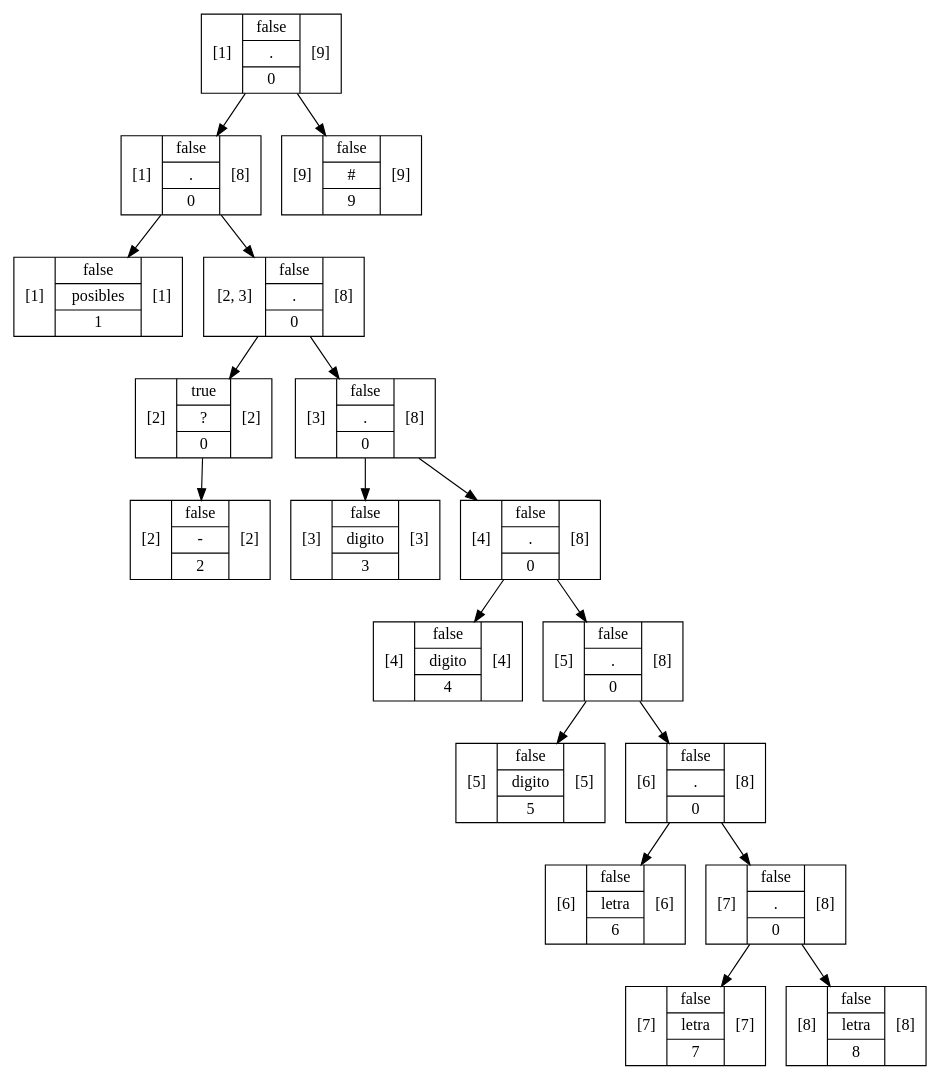
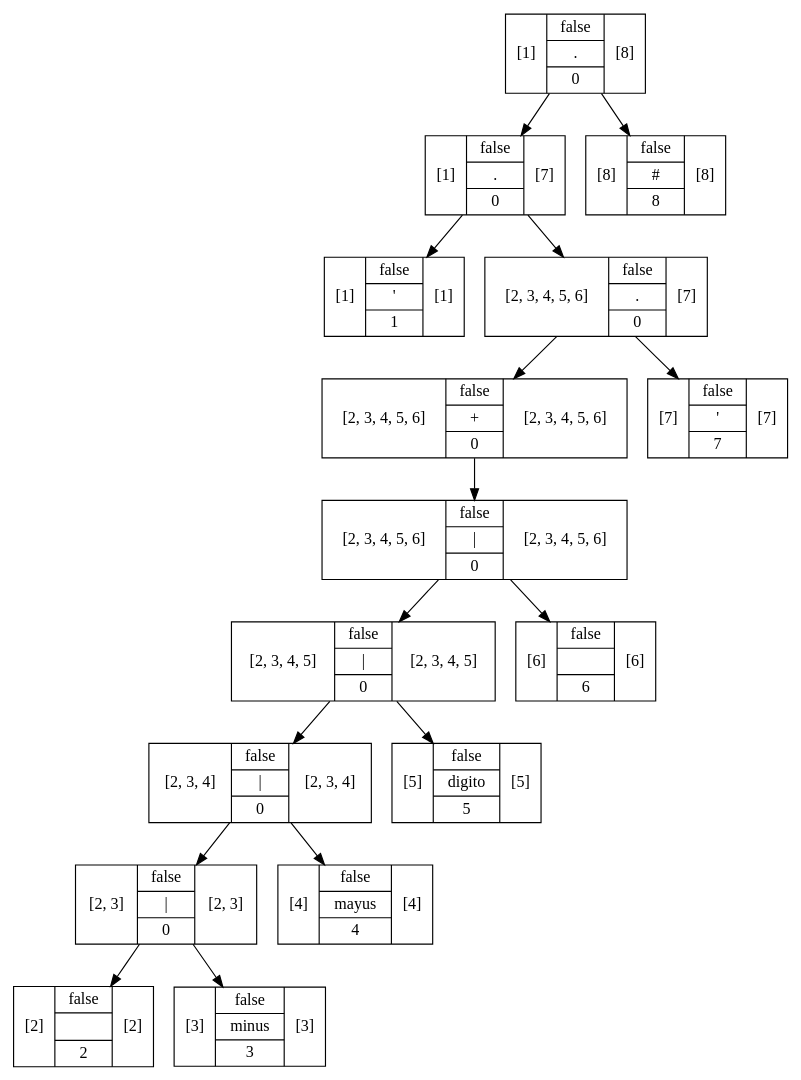
Before and after one commit to RojasCJP/Proyecto1_Compi1: the diagram in src/Graphviz/Arbol9.dot, drawn with Graphviz. The commit also changed 456 other files, not shown here.

```diff
--- a/src/Graphviz/Arbol9.dot
+++ b/src/Graphviz/Arbol9.dot
@@ -1,37 +1,33 @@
 digraph structs {
-    node [shape=record];ArbolNodoMetodo557410cf[label="[1]|{false|{posibles}|1}|[1]"];
-ArbolNodoMetodo1692bd3a[label="[2]|{false|{-}|2}|[2]"];
-ArbolNodoMetodo76e59659[label="[2]|{true|{?}|0}|[2]"];
-ArbolNodoMetodo76e59659 -> ArbolNodoMetodo1692bd3a;
-ArbolNodoMetodo9175793[label="[3]|{false|{digito}|3}|[3]"];
-ArbolNodoMetodo7c90cc16[label="[4]|{false|{digito}|4}|[4]"];
-ArbolNodoMetodo7fe8d5d3[label="[5]|{false|{digito}|5}|[5]"];
-ArbolNodoMetodo2565d329[label="[6]|{false|{letra}|6}|[6]"];
-ArbolNodoMetodo167da3d9[label="[7]|{false|{letra}|7}|[7]"];
-ArbolNodoMetodo6c772d7c[label="[8]|{false|{letra}|8}|[8]"];
-ArbolNodoMetodo55083b6c[label="[7]|{false|{.}|0}|[8]"];
-ArbolNodoMetodo55083b6c -> ArbolNodoMetodo167da3d9;
-ArbolNodoMetodo55083b6c -> ArbolNodoMetodo6c772d7c;
-ArbolNodoMetodo5e7f467f[label="[6]|{false|{.}|0}|[8]"];
-ArbolNodoMetodo5e7f467f -> ArbolNodoMetodo2565d329;
-ArbolNodoMetodo5e7f467f -> ArbolNodoMetodo55083b6c;
-ArbolNodoMetodo25e74502[label="[5]|{false|{.}|0}|[8]"];
-ArbolNodoMetodo25e74502 -> ArbolNodoMetodo7fe8d5d3;
-ArbolNodoMetodo25e74502 -> ArbolNodoMetodo5e7f467f;
-ArbolNodoMetodo70ae800f[label="[4]|{false|{.}|0}|[8]"];
-ArbolNodoMetodo70ae800f -> ArbolNodoMetodo7c90cc16;
-ArbolNodoMetodo70ae800f -> ArbolNodoMetodo25e74502;
-ArbolNodoMetodo64e9162d[label="[3]|{false|{.}|0}|[8]"];
-ArbolNodoMetodo64e9162d -> ArbolNodoMetodo9175793;
-ArbolNodoMetodo64e9162d -> ArbolNodoMetodo70ae800f;
-ArbolNodoMetodo4001e871[label="[2, 3]|{false|{.}|0}|[8]"];
-ArbolNodoMetodo4001e871 -> ArbolNodoMetodo76e59659;
-ArbolNodoMetodo4001e871 -> ArbolNodoMetodo64e9162d;
-ArbolNodoMetodo5f516a26[label="[1]|{false|{.}|0}|[8]"];
-ArbolNodoMetodo5f516a26 -> ArbolNodoMetodo557410cf;
-ArbolNodoMetodo5f516a26 -> ArbolNodoMetodo4001e871;
-ArbolNodoMetodo5b7b373b[label="[9]|{false|{#}|9}|[9]"];
-ArbolNodoMetodo770f0a07[label="[1]|{false|{.}|0}|[9]"];
-ArbolNodoMetodo770f0a07 -> ArbolNodoMetodo5f516a26;
-ArbolNodoMetodo770f0a07 -> ArbolNodoMetodo5b7b373b;
+    node [shape=record];ArbolNodoMetodo70d653f1[label="[1]|{false|{\'}|1}|[1]"];
+ArbolNodoMetodo3b81659c[label="[2]|{false|{\n}|2}|[2]"];
+ArbolNodoMetodo4752b35d[label="[3]|{false|{minus}|3}|[3]"];
+ArbolNodoMetodo65eb35a3[label="[2, 3]|{false|{\|}|0}|[2, 3]"];
+ArbolNodoMetodo65eb35a3 -> ArbolNodoMetodo3b81659c;
+ArbolNodoMetodo65eb35a3 -> ArbolNodoMetodo4752b35d;
+ArbolNodoMetodo2760ab34[label="[4]|{false|{mayus}|4}|[4]"];
+ArbolNodoMetodo17fd97c1[label="[2, 3, 4]|{false|{\|}|0}|[2, 3, 4]"];
+ArbolNodoMetodo17fd97c1 -> ArbolNodoMetodo65eb35a3;
+ArbolNodoMetodo17fd97c1 -> ArbolNodoMetodo2760ab34;
+ArbolNodoMetodo45671638[label="[5]|{false|{digito}|5}|[5]"];
+ArbolNodoMetodo791d651a[label="[2, 3, 4, 5]|{false|{\|}|0}|[2, 3, 4, 5]"];
+ArbolNodoMetodo791d651a -> ArbolNodoMetodo17fd97c1;
+ArbolNodoMetodo791d651a -> ArbolNodoMetodo45671638;
+ArbolNodoMetodo5b864806[label="[6]|{false|{ }|6}|[6]"];
+ArbolNodoMetodo20be9f28[label="[2, 3, 4, 5, 6]|{false|{\|}|0}|[2, 3, 4, 5, 6]"];
+ArbolNodoMetodo20be9f28 -> ArbolNodoMetodo791d651a;
+ArbolNodoMetodo20be9f28 -> ArbolNodoMetodo5b864806;
+ArbolNodoMetodo5d959bd1[label="[2, 3, 4, 5, 6]|{false|{+}|0}|[2, 3, 4, 5, 6]"];
+ArbolNodoMetodo5d959bd1 -> ArbolNodoMetodo20be9f28;
+ArbolNodoMetodo4fb200cc[label="[7]|{false|{\'}|7}|[7]"];
+ArbolNodoMetodo261da744[label="[2, 3, 4, 5, 6]|{false|{.}|0}|[7]"];
+ArbolNodoMetodo261da744 -> ArbolNodoMetodo5d959bd1;
+ArbolNodoMetodo261da744 -> ArbolNodoMetodo4fb200cc;
+ArbolNodoMetodo728e2b70[label="[1]|{false|{.}|0}|[7]"];
+ArbolNodoMetodo728e2b70 -> ArbolNodoMetodo70d653f1;
+ArbolNodoMetodo728e2b70 -> ArbolNodoMetodo261da744;
+ArbolNodoMetodo3b47de3[label="[8]|{false|{#}|8}|[8]"];
+ArbolNodoMetodo5c5fa939[label="[1]|{false|{.}|0}|[8]"];
+ArbolNodoMetodo5c5fa939 -> ArbolNodoMetodo728e2b70;
+ArbolNodoMetodo5c5fa939 -> ArbolNodoMetodo3b47de3;
 }
```
